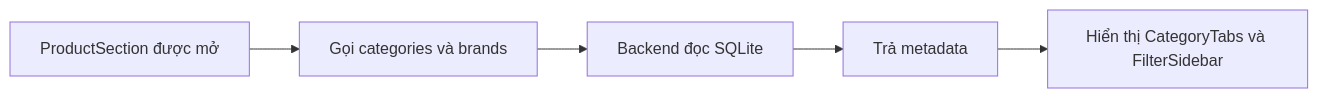
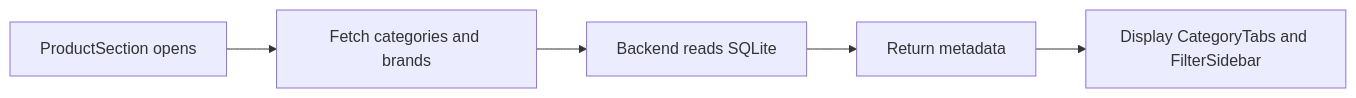
One commit to Henhhh/Web_29GG changed the first of 2 diagrams in docs/product-search-filter-flow.md. Above: the diagram before and after it, drawn with Mermaid. The commit also changed other lines of this file and 5 other files, not shown here.

````diff
--- a/docs/product-search-filter-flow.md
+++ b/docs/product-search-filter-flow.md
@@ -41,7 +41,7 @@
 ```mermaid
 flowchart LR
-    A[ProductSection được mở] --> B[Gọi categories và brands]
-    B --> C[Backend đọc SQLite]
-    C --> D[Trả metadata]
-    D --> E[Hiển thị CategoryTabs và FilterSidebar]
+    A[ProductSection opens] --> B[Fetch categories and brands]
+    B --> C[Backend reads SQLite]
+    C --> D[Return metadata]
+    D --> E[Display CategoryTabs and FilterSidebar]
 ```
````
